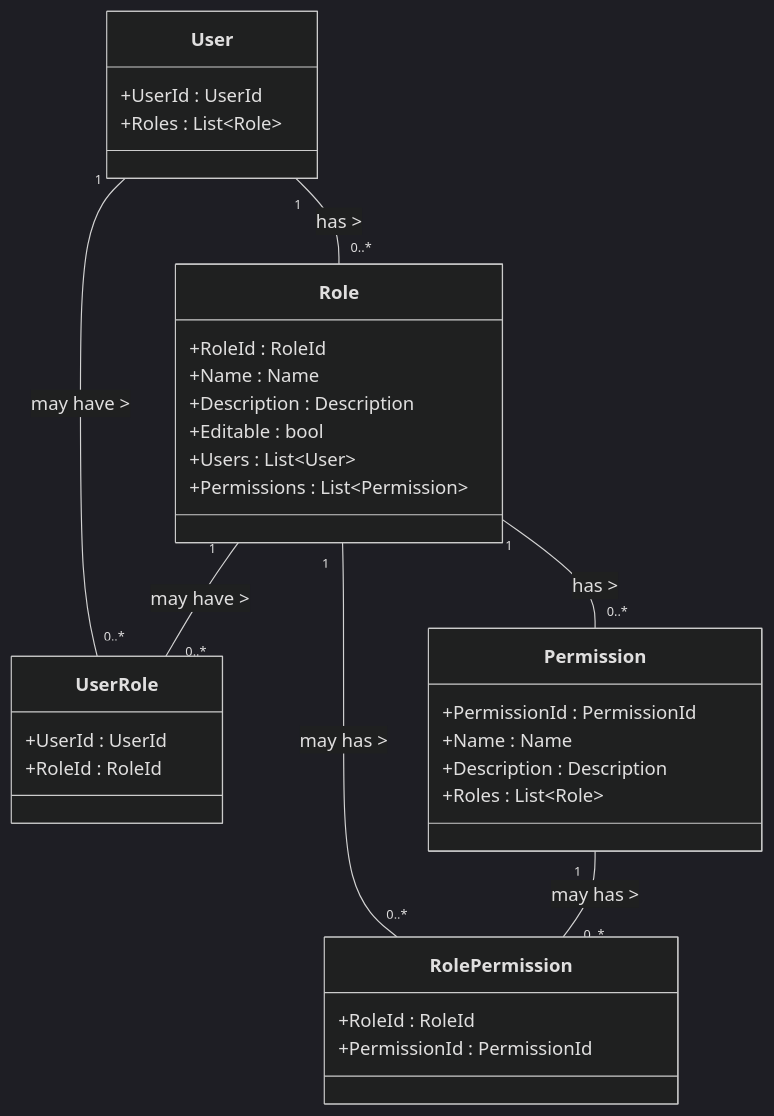
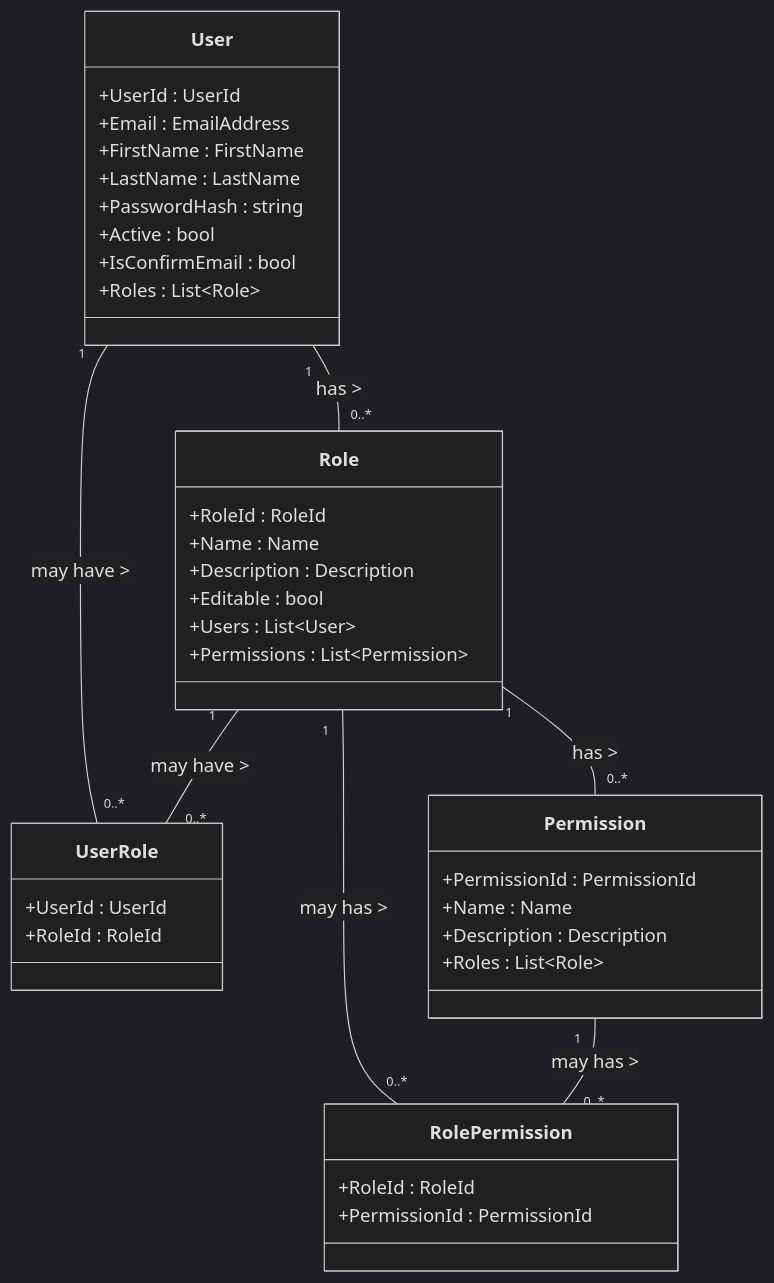
One commit to snicoper/agenda-manager-docs changed the diagram in backend/source/domain/authorization/authorization.md. Above: the diagram before and after it, drawn with Mermaid (dark theme). The commit also changed other lines of this file, not shown here.

````diff
--- a/backend/source/domain/authorization/authorization.md
+++ b/backend/source/domain/authorization/authorization.md
@@ -5,40 +5,46 @@
 ```mermaid
 classDiagram
     class User {
         +UserId : UserId
+        +Email : EmailAddress
+        +FirstName : FirstName
+        +LastName : LastName
+        +PasswordHash : string
+        +Active : bool
+        +IsConfirmEmail : bool
         +Roles : List~Role~
     }
 
     class Role {
         +RoleId : RoleId
         +Name : Name
         +Description : Description
         +Editable : bool
         +Users : List~User~
         +Permissions : List~Permission~
     }
 
     class UserRole {
         +UserId : UserId
         +RoleId : RoleId
     }
 
     class Permission {
         +PermissionId : PermissionId
         +Name : Name
         +Description : Description
         +Roles : List~Role~
     }
 
     class RolePermission {
         +RoleId : RoleId
         +PermissionId : PermissionId
     }
 
     User "1" -- "0..*" Role : has >
     Role "1" -- "0..*" Permission : has >
     User "1" -- "0..*" UserRole : may have >
     Role "1" -- "0..*" UserRole : may have >
     Role "1" -- "0..*" RolePermission : may has >
     Permission "1" -- "0..*" RolePermission : may has >
 ```
````
